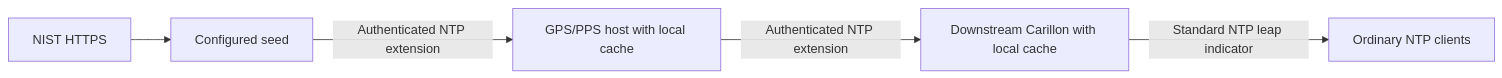
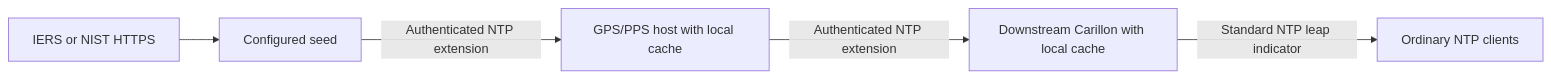
Before and after one commit to ptudor/carillon-time: the diagram in docs/leap-distribution.md, drawn with Mermaid. The commit also changed other lines of this file and 17 other files, not shown here.

````diff
--- a/docs/leap-distribution.md
+++ b/docs/leap-distribution.md
@@ -18,7 +18,7 @@
 ```mermaid
 flowchart LR
-    N[NIST HTTPS] --> S[Configured seed]
+    N[IERS or NIST HTTPS] --> S[Configured seed]
     S -->|Authenticated NTP extension| H[GPS/PPS host with local cache]
     H -->|Authenticated NTP extension| C[Downstream Carillon with local cache]
     C -->|Standard NTP leap indicator| O[Ordinary NTP clients]
 ```
````
